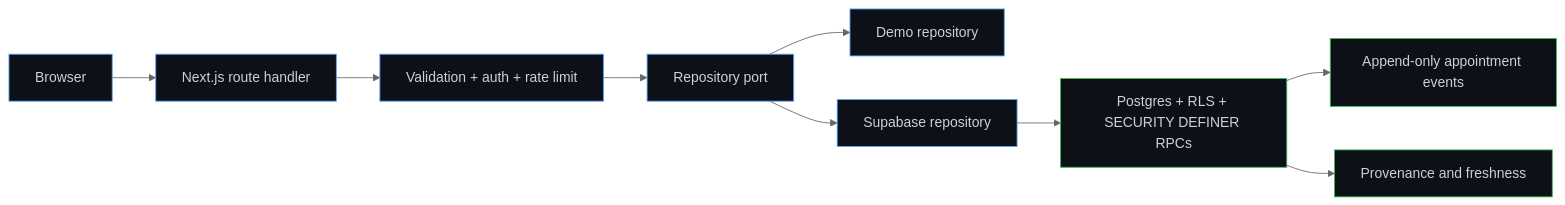
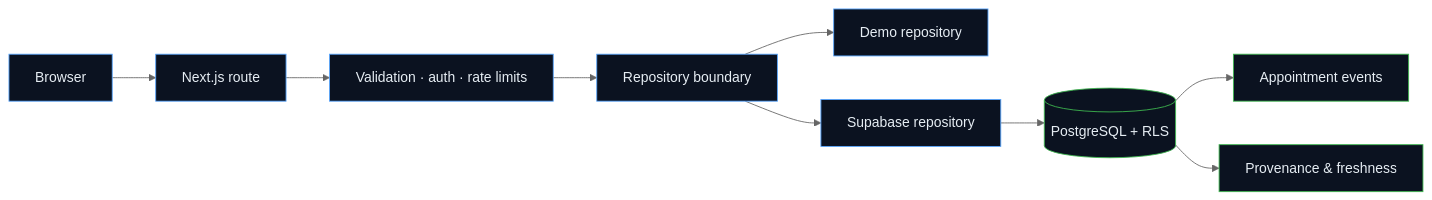
The second of 11 diagrams in README.md (kunalchwdry/kunalchwdry), drawn with Mermaid (neutral theme) before and after one commit. The commit also changed other lines of this file, not shown here.

````diff
--- a/README.md
+++ b/README.md
@@ -211,16 +146,16 @@
-```mermaid
+``` mermaid
 flowchart LR
-    B["Browser"] --> R["Next.js route handler"]
-    R --> V["Validation + auth + rate limit"]
-    V --> P["Repository port"]
-    P --> D["Demo repository"]
-    P --> L["Supabase repository"]
-    L --> DB["Postgres + RLS + SECURITY DEFINER RPCs"]
-    DB --> A["Append-only appointment events"]
-    DB --> F["Provenance and freshness"]
+    B["Browser"] --> R["Next.js route"]
+    R --> V["Validation · auth · rate limits"]
+    V --> P["Repository boundary"]
+    P --> DEMO["Demo repository"]
+    P --> LIVE["Supabase repository"]
+    LIVE --> DB[("PostgreSQL + RLS")]
+    DB --> EVT["Appointment events"]
+    DB --> PROV["Provenance & freshness"]
 
-    classDef main fill:#0d1117,stroke:#58a6ff,color:#c9d1d9;
-    classDef secure fill:#0d1117,stroke:#3fb950,color:#c9d1d9;
-    class B,R,V,P,D,L main;
-    class DB,A,F secure;
+    classDef app fill:#0b1220,stroke:#58a6ff,color:#e6edf3;
+    classDef data fill:#0b1220,stroke:#3fb950,color:#e6edf3;
+    class B,R,V,P,DEMO,LIVE app;
+    class DB,EVT,PROV data;
 ```
````
